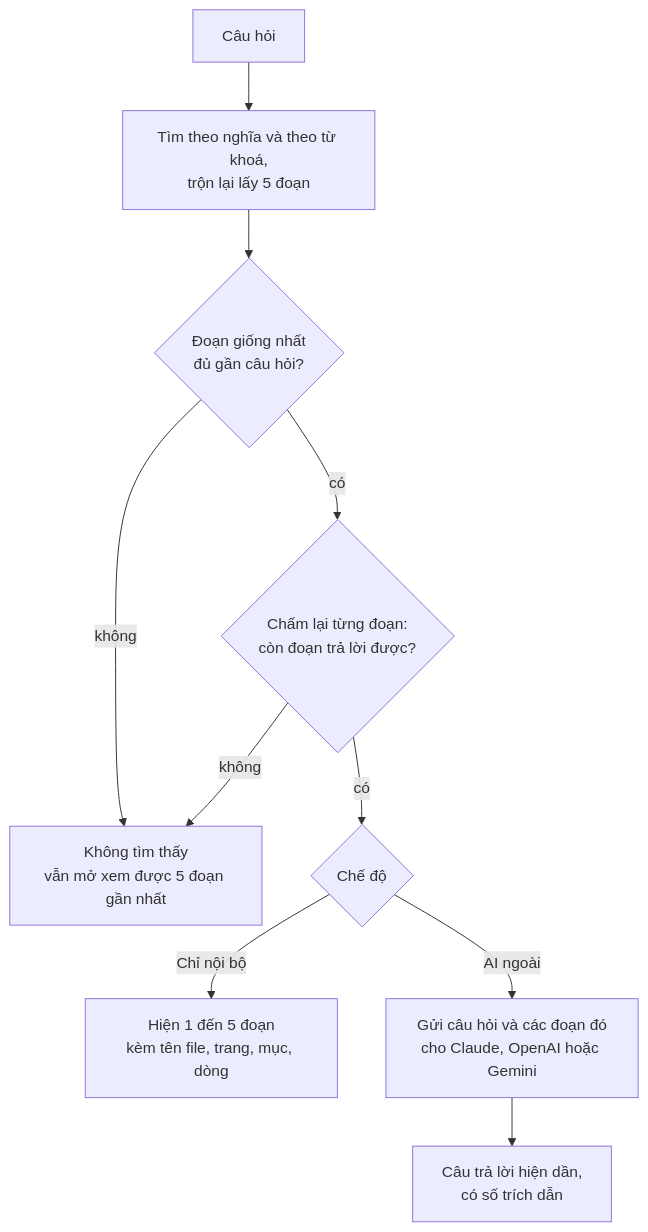
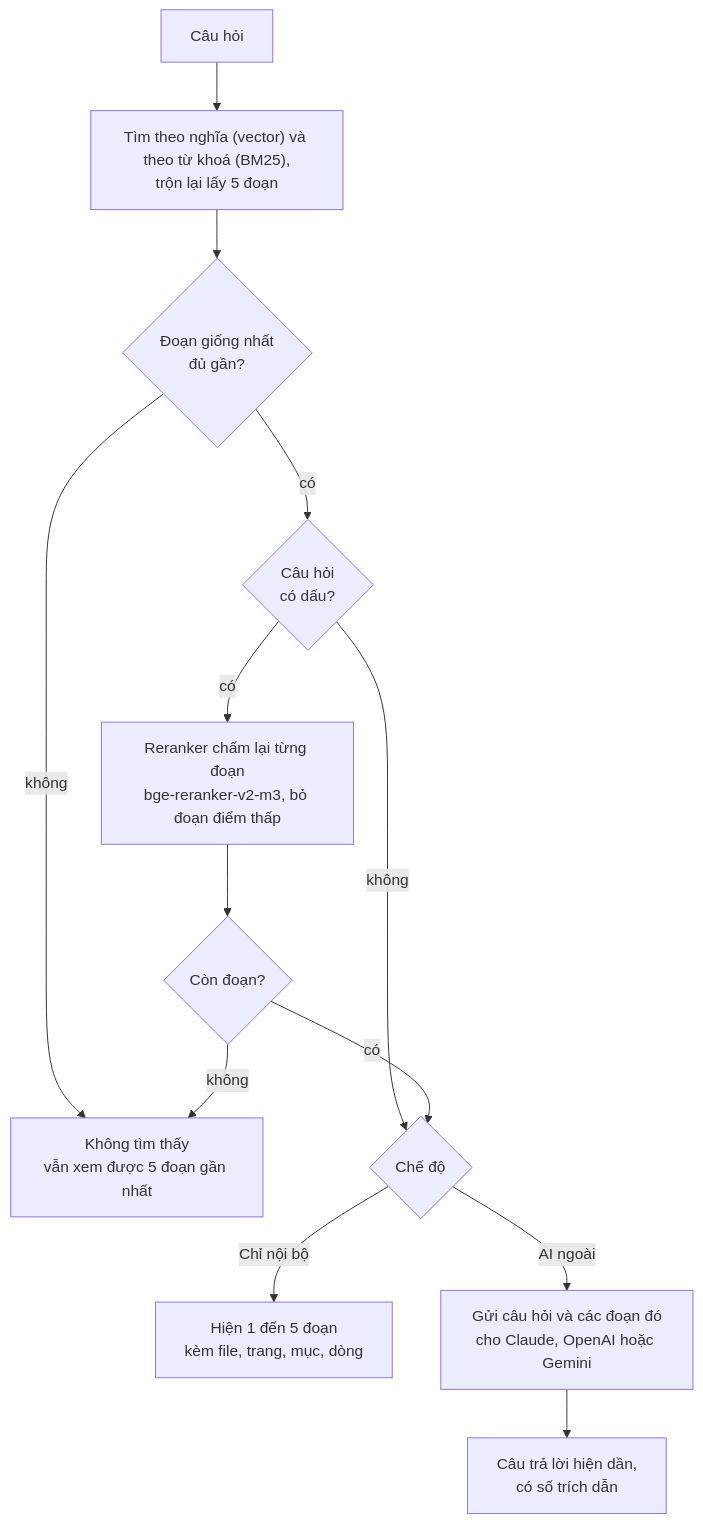
One commit to manhctd20/ragdesk changed the second of 2 diagrams in README.md. Above: the diagram before and after it, drawn with Mermaid. The commit also changed other lines of this file, not shown here.

Commit message:
docs: show reranker step explicitly in README flow

````diff
--- a/README.md
+++ b/README.md
@@ -38,12 +38,15 @@
 ```mermaid
 flowchart TD
-  Q["Câu hỏi"] --> S["Tìm theo nghĩa và theo từ khoá,<br>trộn lại lấy 5 đoạn"]
-  S --> G{"Đoạn giống nhất<br>đủ gần câu hỏi?"}
-  G -- không --> NF["Không tìm thấy<br>vẫn mở xem được 5 đoạn gần nhất"]
-  G -- có --> RR{"Chấm lại từng đoạn:<br>còn đoạn trả lời được?"}
-  RR -- không --> NF
-  RR -- có --> M{"Chế độ"}
-  M -- Chỉ nội bộ --> SH["Hiện 1 đến 5 đoạn<br>kèm tên file, trang, mục, dòng"]
+  Q["Câu hỏi"] --> S["Tìm theo nghĩa (vector) và theo từ khoá (BM25),<br>trộn lại lấy 5 đoạn"]
+  S --> G{"Đoạn giống nhất<br>đủ gần?"}
+  G -- không --> NF["Không tìm thấy<br>vẫn xem được 5 đoạn gần nhất"]
+  G -- có --> D{"Câu hỏi<br>có dấu?"}
+  D -- không --> M
+  D -- có --> RR["Reranker chấm lại từng đoạn<br>bge-reranker-v2-m3, bỏ đoạn điểm thấp"]
+  RR --> C{"Còn đoạn?"}
+  C -- không --> NF
+  C -- có --> M{"Chế độ"}
+  M -- Chỉ nội bộ --> SH["Hiện 1 đến 5 đoạn<br>kèm file, trang, mục, dòng"]
   M -- AI ngoài --> AI["Gửi câu hỏi và các đoạn đó<br>cho Claude, OpenAI hoặc Gemini"]
   AI --> ANS["Câu trả lời hiện dần,<br>có số trích dẫn"]
 ```
````
